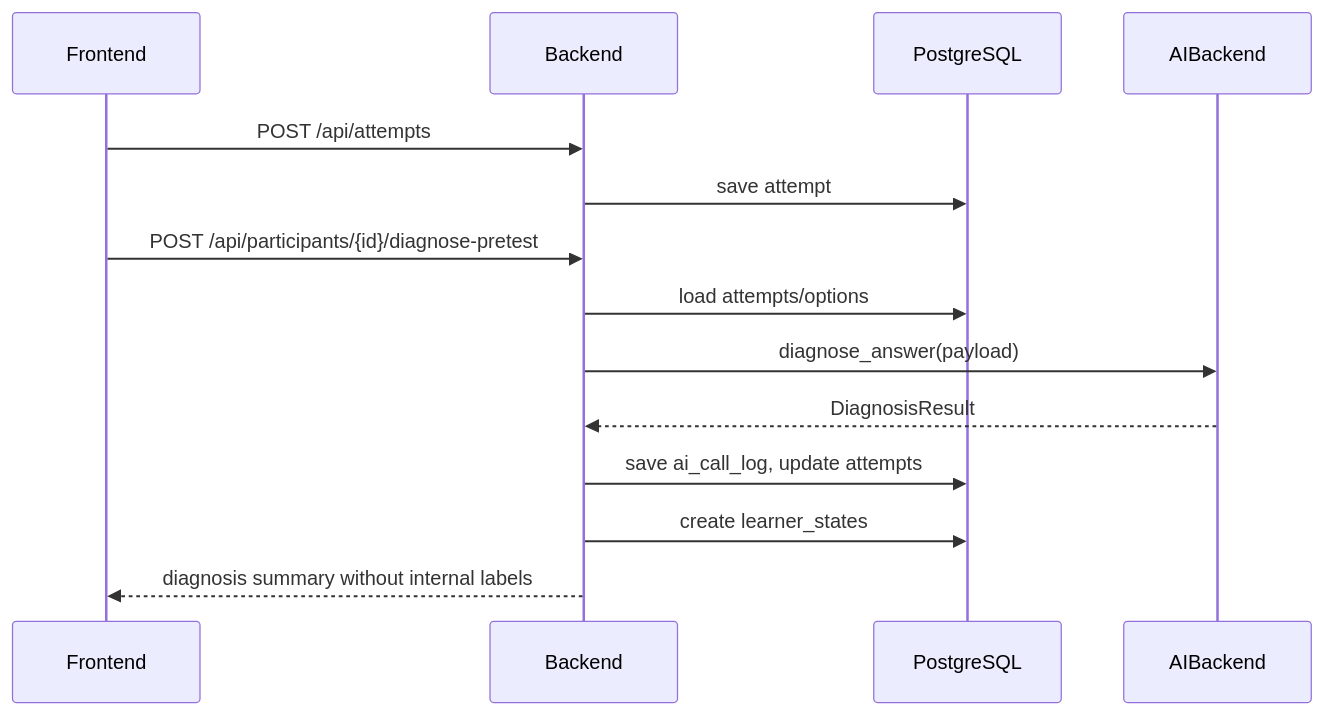
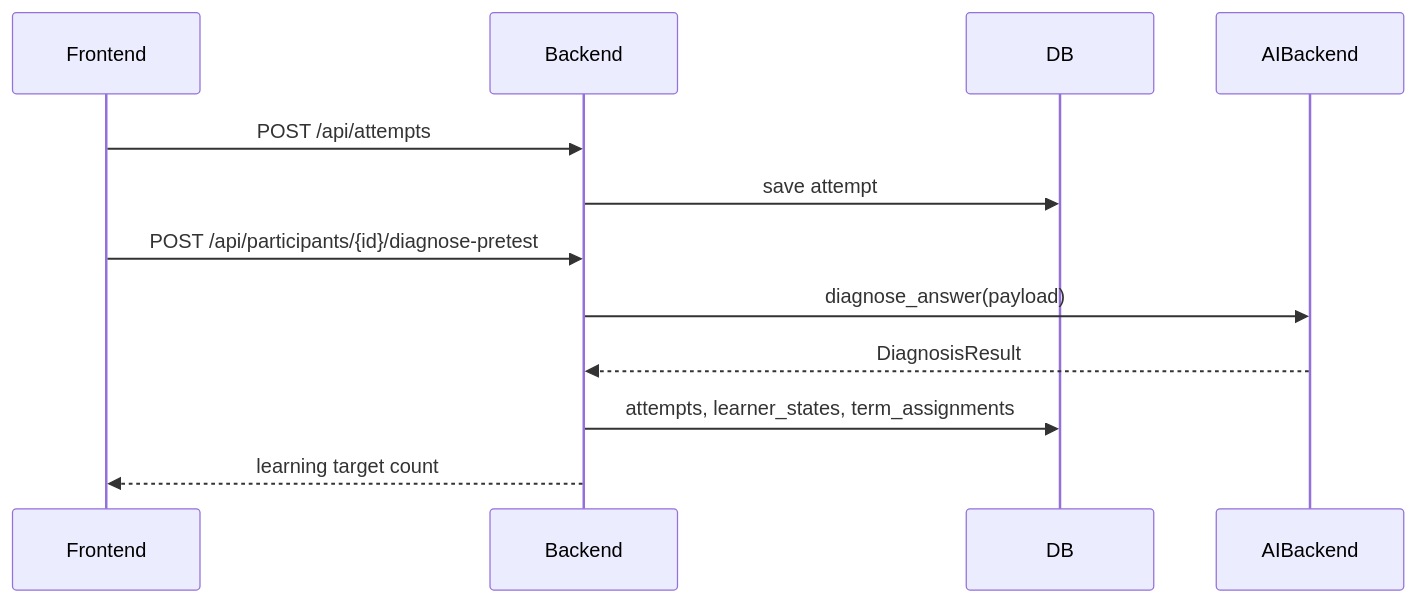
One commit to Hiroki252516/gogainen_bot changed the first of 3 diagrams in docs/05_system_architecture.md. Above: the diagram before and after it, drawn with Mermaid. The commit also changed other lines of this file and 32 other files, not shown here.

````diff
--- a/docs/05_system_architecture.md
+++ b/docs/05_system_architecture.md
@@ -128,16 +77,14 @@
 ```mermaid
 sequenceDiagram
   participant F as Frontend
   participant B as Backend
-  participant DB as PostgreSQL
+  participant DB as DB
   participant AI as AIBackend
   F->>B: POST /api/attempts
   B->>DB: save attempt
   F->>B: POST /api/participants/{id}/diagnose-pretest
-  B->>DB: load attempts/options
   B->>AI: diagnose_answer(payload)
   AI-->>B: DiagnosisResult
-  B->>DB: save ai_call_log, update attempts
-  B->>DB: create learner_states
-  B-->>F: diagnosis summary without internal labels
+  B->>DB: attempts, learner_states, term_assignments
+  B-->>F: learning target count
 ```
````
